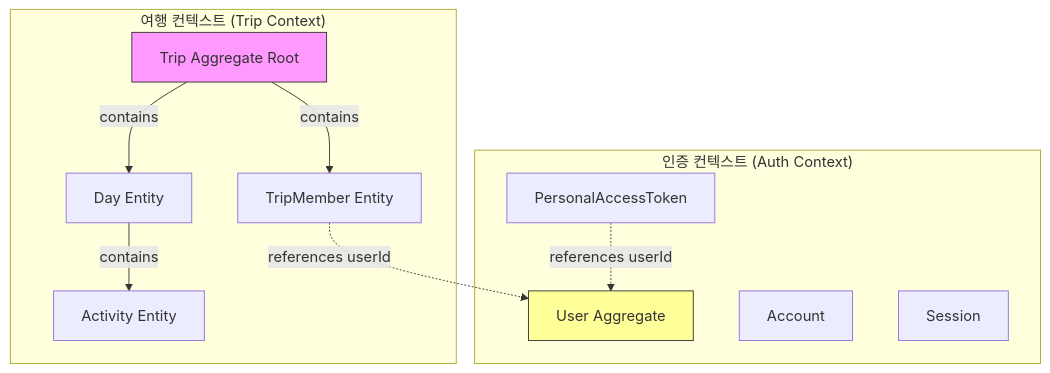
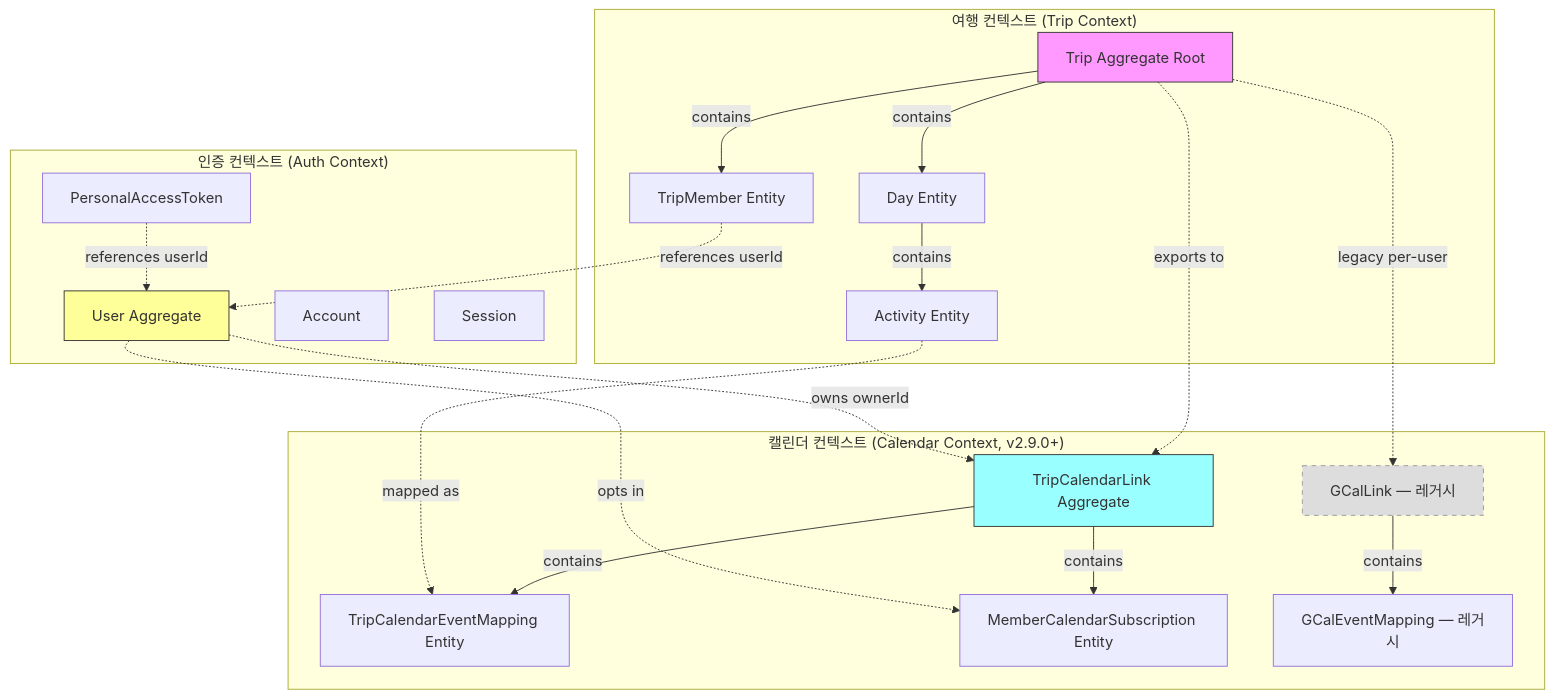
The first of 3 diagrams in docs/DOMAIN.md (idean3885/trip-planner), drawn with Mermaid before and after one commit. The commit also changed other lines of this file and 16 other files, not shown here.

````diff
--- a/docs/DOMAIN.md
+++ b/docs/DOMAIN.md
@@ -9,25 +9,43 @@
 ```mermaid
 graph TB
     subgraph "여행 컨텍스트 (Trip Context)"
         TA[Trip Aggregate Root]
         DA[Day Entity]
         AA[Activity Entity]
         TM[TripMember Entity]
     end
 
     subgraph "인증 컨텍스트 (Auth Context)"
         UA[User Aggregate]
         AC[Account]
         SE[Session]
         PA[PersonalAccessToken]
     end
 
+    subgraph "캘린더 컨텍스트 (Calendar Context, v2.9.0+)"
+        TCL[TripCalendarLink Aggregate]
+        TCEM[TripCalendarEventMapping Entity]
+        MCS[MemberCalendarSubscription Entity]
+        GCL[GCalLink — 레거시]
+        GCEM[GCalEventMapping — 레거시]
+    end
+
     TA -->|contains| DA
     DA -->|contains| AA
     TA -->|contains| TM
     TM -.->|references userId| UA
     PA -.->|references userId| UA
+    TA -.->|exports to| TCL
+    TCL -->|contains| TCEM
+    TCL -->|contains| MCS
+    AA -.->|mapped as| TCEM
+    UA -.->|owns ownerId| TCL
+    UA -.->|opts in| MCS
+    TA -.->|legacy per-user| GCL
+    GCL -->|contains| GCEM
 
     style TA fill:#f9f,stroke:#333
     style UA fill:#ff9,stroke:#333
+    style TCL fill:#9ff,stroke:#333
+    style GCL fill:#ddd,stroke:#999,stroke-dasharray: 5 5
 ```
````
